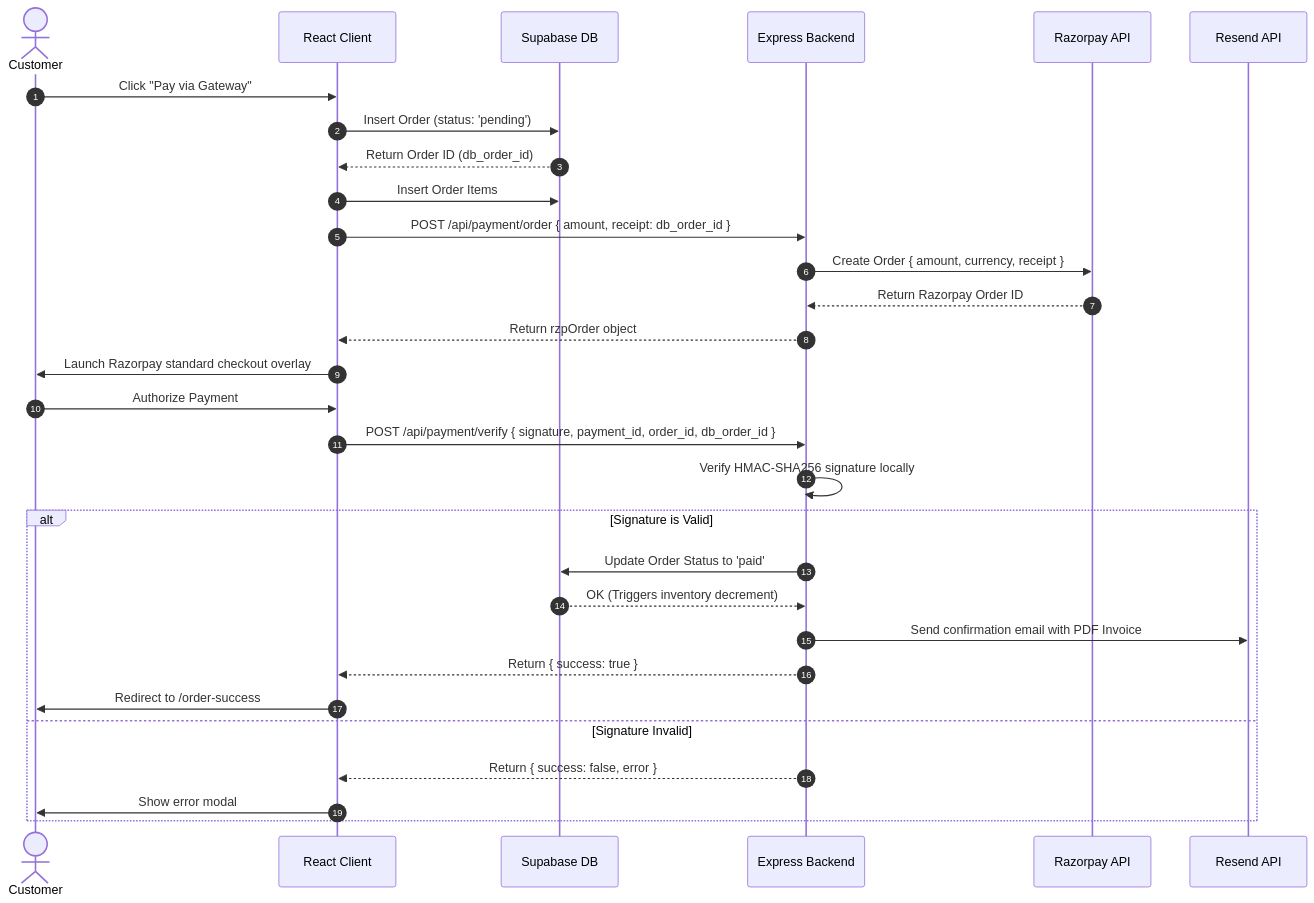
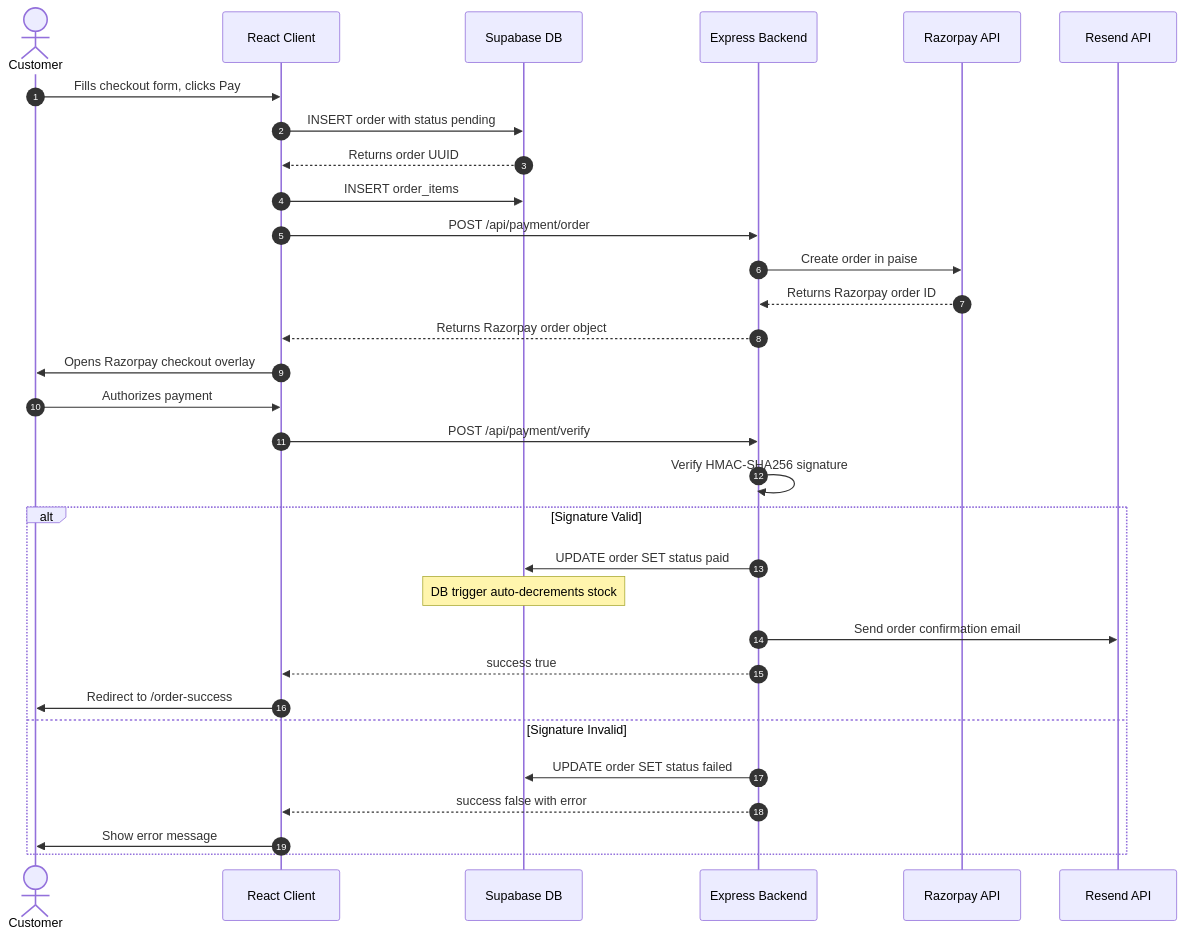
Before and after one commit to jsprabhu19/rocky-shoes: the sixth of 13 diagrams in artifacts/technical_design_document.md, drawn with Mermaid. The commit also changed other lines of this file, not shown here.

````diff
--- a/artifacts/technical_design_document.md
+++ b/artifacts/technical_design_document.md
@@ -70,33 +649,34 @@
 ```mermaid
 sequenceDiagram
     autonumber
     actor Customer
     participant React as React Client
     participant Supabase as Supabase DB
     participant Node as Express Backend
     participant Razorpay as Razorpay API
     participant Resend as Resend API
 
-    Customer->>React: Click "Pay via Gateway"
-    React->>Supabase: Insert Order (status: 'pending')
-    Supabase-->>React: Return Order ID (db_order_id)
-    React->>Supabase: Insert Order Items
-    React->>Node: POST /api/payment/order { amount, receipt: db_order_id }
-    Node->>Razorpay: Create Order { amount, currency, receipt }
-    Razorpay-->>Node: Return Razorpay Order ID
-    Node-->>React: Return rzpOrder object
-    React->>Customer: Launch Razorpay standard checkout overlay
-    Customer->>React: Authorize Payment
-    React->>Node: POST /api/payment/verify { signature, payment_id, order_id, db_order_id }
-    Node->>Node: Verify HMAC-SHA256 signature locally
-    alt Signature is Valid
-        Node->>Supabase: Update Order Status to 'paid'
-        Supabase-->>Node: OK (Triggers inventory decrement)
-        Node->>Resend: Send confirmation email with PDF Invoice
-        Node-->>React: Return { success: true }
+    Customer->>React: Fills checkout form, clicks Pay
+    React->>Supabase: INSERT order with status pending
+    Supabase-->>React: Returns order UUID
+    React->>Supabase: INSERT order_items
+    React->>Node: POST /api/payment/order
+    Node->>Razorpay: Create order in paise
+    Razorpay-->>Node: Returns Razorpay order ID
+    Node-->>React: Returns Razorpay order object
+    React->>Customer: Opens Razorpay checkout overlay
+    Customer->>React: Authorizes payment
+    React->>Node: POST /api/payment/verify
+    Node->>Node: Verify HMAC-SHA256 signature
+    alt Signature Valid
+        Node->>Supabase: UPDATE order SET status paid
+        Note over Supabase: DB trigger auto-decrements stock
+        Node->>Resend: Send order confirmation email
+        Node-->>React: success true
         React->>Customer: Redirect to /order-success
     else Signature Invalid
-        Node-->>React: Return { success: false, error }
-        React->>Customer: Show error modal
+        Node->>Supabase: UPDATE order SET status failed
+        Node-->>React: success false with error
+        React->>Customer: Show error message
     end
 ```
````
